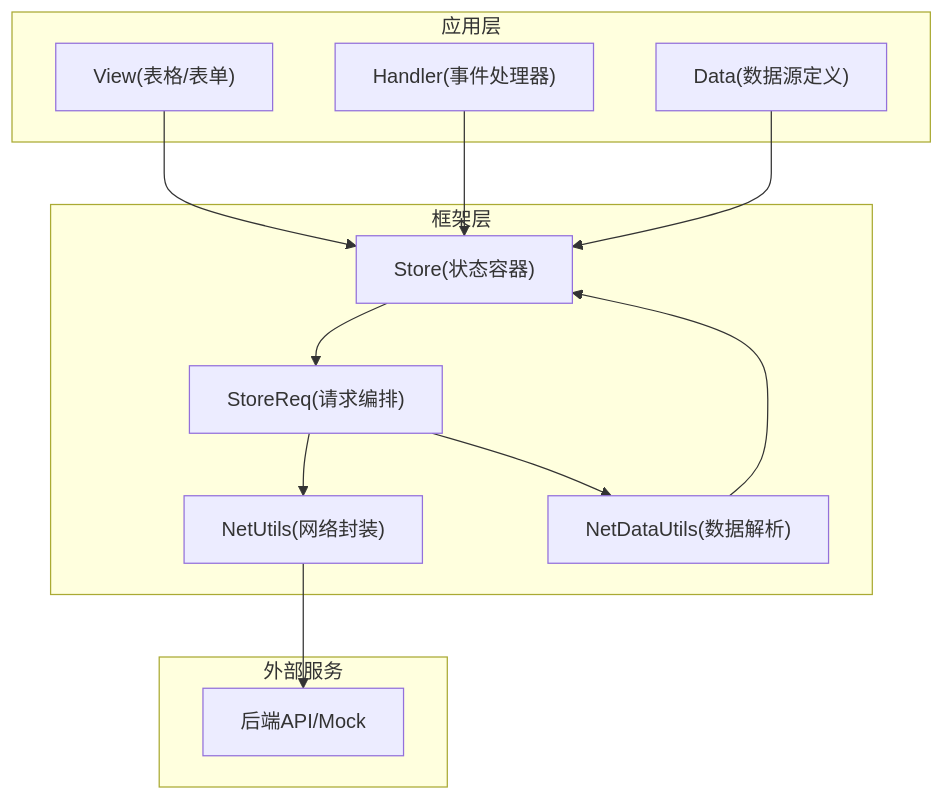
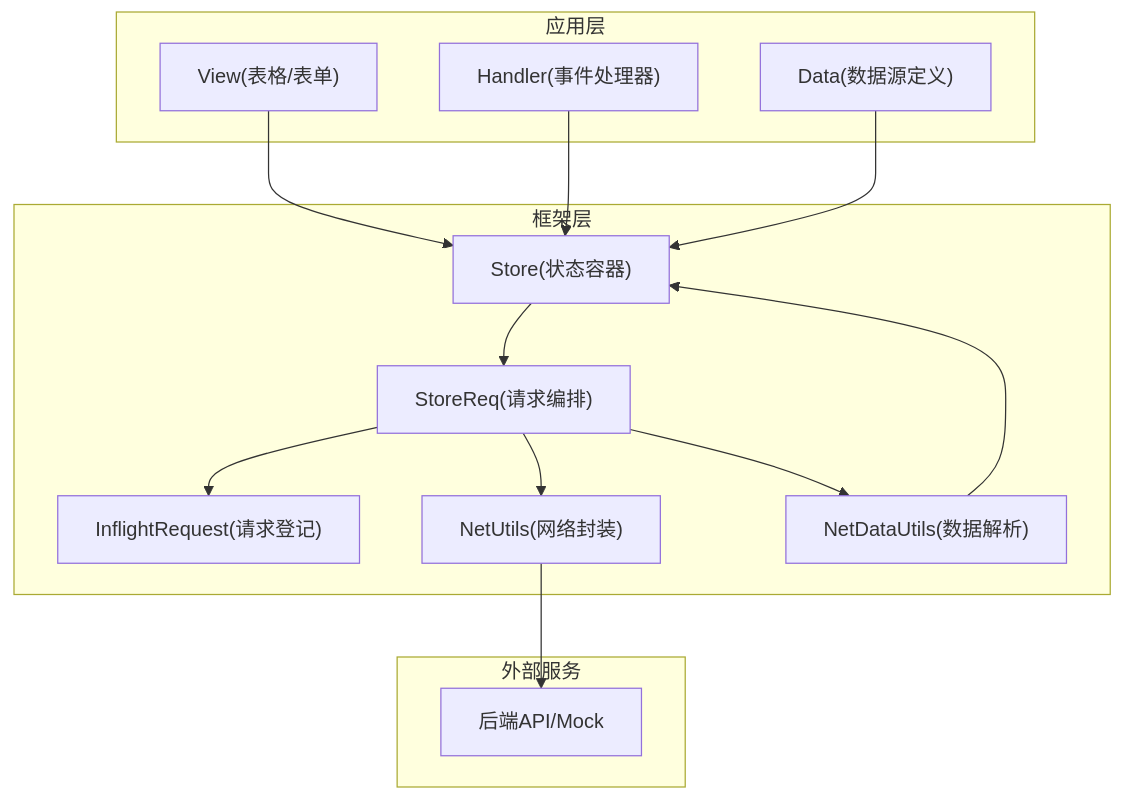
Before and after one commit to liqiongke/FrontArk: the first of 8 diagrams in .qoder/repowiki/zh/content/架构设计/数据流管理/请求生命周期.md, drawn with Mermaid. The commit also changed other lines of this file and 25 other files, not shown here.

````diff
--- a/.qoder/repowiki/zh/content/架构设计/数据流管理/请求生命周期.md
+++ b/.qoder/repowiki/zh/content/架构设计/数据流管理/请求生命周期.md
@@ -41,25 +50,27 @@
 ```mermaid
 graph TB
 subgraph "应用层"
 A_View["View(表格/表单)"]
 A_Handler["Handler(事件处理器)"]
 A_Data["Data(数据源定义)"]
 end
 subgraph "框架层"
 B_Store["Store(状态容器)"]
 B_StoreReq["StoreReq(请求编排)"]
 B_NetUtils["NetUtils(网络封装)"]
 B_NetDataUtils["NetDataUtils(数据解析)"]
+B_Inflight["InflightRequest(请求登记)"]
 end
 subgraph "外部服务"
 C_API["后端API/Mock"]
 end
 A_View --> B_Store
 A_Handler --> B_Store
 A_Data --> B_Store
 B_Store --> B_StoreReq
+B_StoreReq --> B_Inflight
 B_StoreReq --> B_NetUtils
 B_NetUtils --> C_API
 B_StoreReq --> B_NetDataUtils
 B_NetDataUtils --> B_Store
 ```
````
